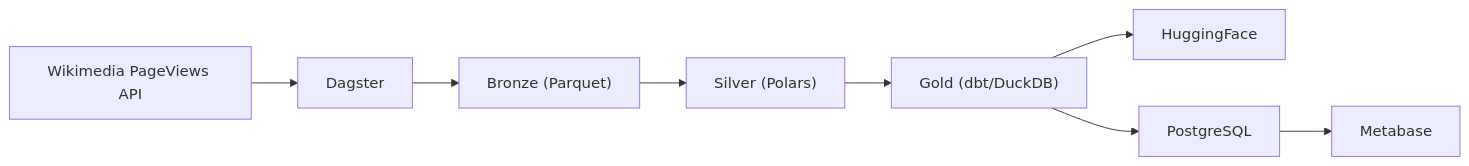
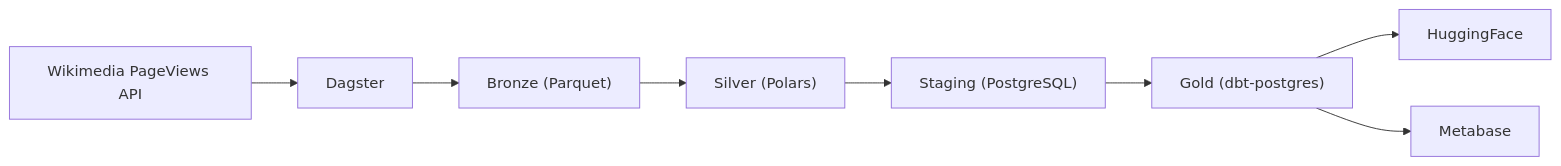
Before and after one commit to chahinMalek/enwiki-pageviews-api-etl: the diagram in README.md, drawn with Mermaid. The commit also changed other lines of this file and 2 other files, not shown here.

````diff
--- a/README.md
+++ b/README.md
@@ -14,11 +14,10 @@
 ```mermaid
 flowchart LR
     A["Wikimedia PageViews API"] --> B["Dagster"]
     B --> C["Bronze (Parquet)"]
     C --> D["Silver (Polars)"]
-    D --> E["Gold (dbt/DuckDB)"]
-    E --> F["HuggingFace"]
-
-    E --> G["PostgreSQL"]
-    G --> H["Metabase"]
+    D --> E["Staging (PostgreSQL)"]
+    E --> F["Gold (dbt-postgres)"]
+    F --> G["HuggingFace"]
+    F --> H["Metabase"]
 ```
````
